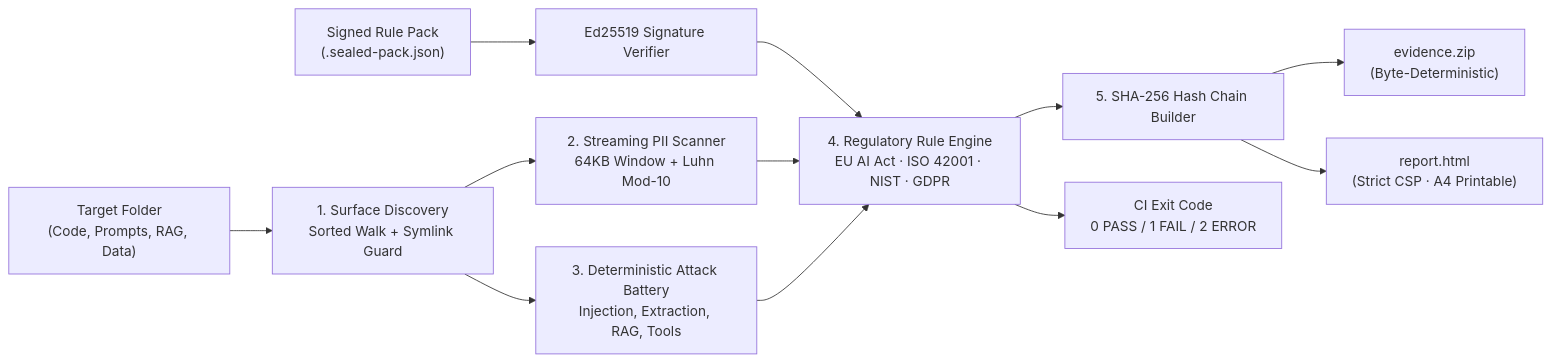
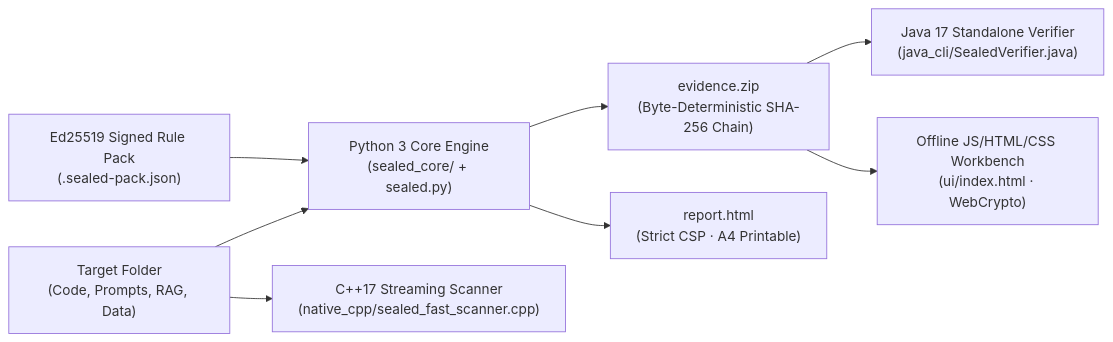
Before and after one commit to theashokjagarwal/sealed: the diagram in README.md, drawn with Mermaid. The commit also changed other lines of this file and 53 other files, not shown here.

Commit message:
feat(v2.0): rewrite stack to Python 3 + C++17 + Java 17 + JS/HTML/CSS & upgrade Workbench UI + README

````diff
--- a/README.md
+++ b/README.md
@@ -204,14 +96,10 @@
 ```mermaid
 flowchart LR
-    A["Target Folder<br/>(Code, Prompts, RAG, Data)"] --> B["1. Surface Discovery<br/>Sorted Walk + Symlink Guard"]
-    B --> C["2. Streaming PII Scanner<br/>64KB Window + Luhn Mod-10"]
-    B --> D["3. Deterministic Attack Battery<br/>Injection, Extraction, RAG, Tools"]
-    R["Signed Rule Pack<br/>(.sealed-pack.json)"] --> V["Ed25519 Signature Verifier"]
-    V --> E["4. Regulatory Rule Engine<br/>EU AI Act · ISO 42001 · NIST · GDPR"]
-    C --> E
-    D --> E
-    E --> F["5. SHA-256 Hash Chain Builder"]
-    F --> G["evidence.zip<br/>(Byte-Deterministic)"]
-    F --> H["report.html<br/>(Strict CSP · A4 Printable)"]
-    E --> I["CI Exit Code<br/>0 PASS / 1 FAIL / 2 ERROR"]
+    A["Target Folder<br/>(Code, Prompts, RAG, Data)"] --> B["Python 3 Core Engine<br/>(sealed_core/ + sealed.py)"]
+    A --> C["C++17 Streaming Scanner<br/>(native_cpp/sealed_fast_scanner.cpp)"]
+    R["Ed25519 Signed Rule Pack<br/>(.sealed-pack.json)"] --> B
+    B --> D["evidence.zip<br/>(Byte-Deterministic SHA-256 Chain)"]
+    B --> E["report.html<br/>(Strict CSP · A4 Printable)"]
+    D --> F["Java 17 Standalone Verifier<br/>(java_cli/SealedVerifier.java)"]
+    D --> G["Offline JS/HTML/CSS Workbench<br/>(ui/index.html · WebCrypto)"]
 ```
````
